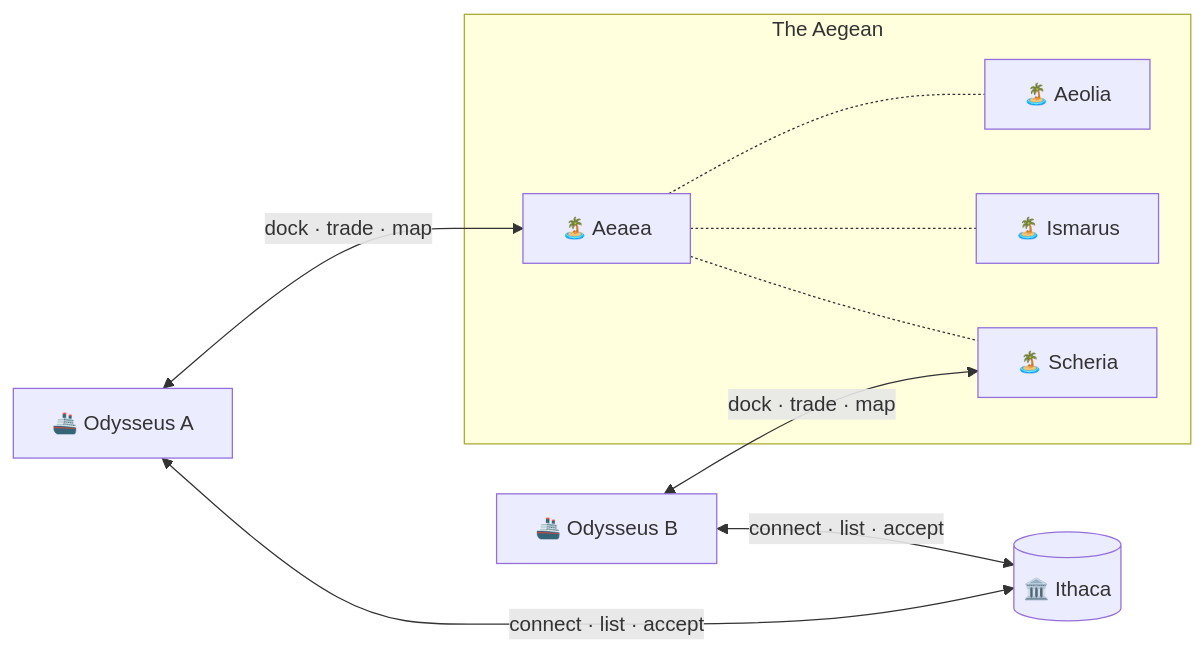
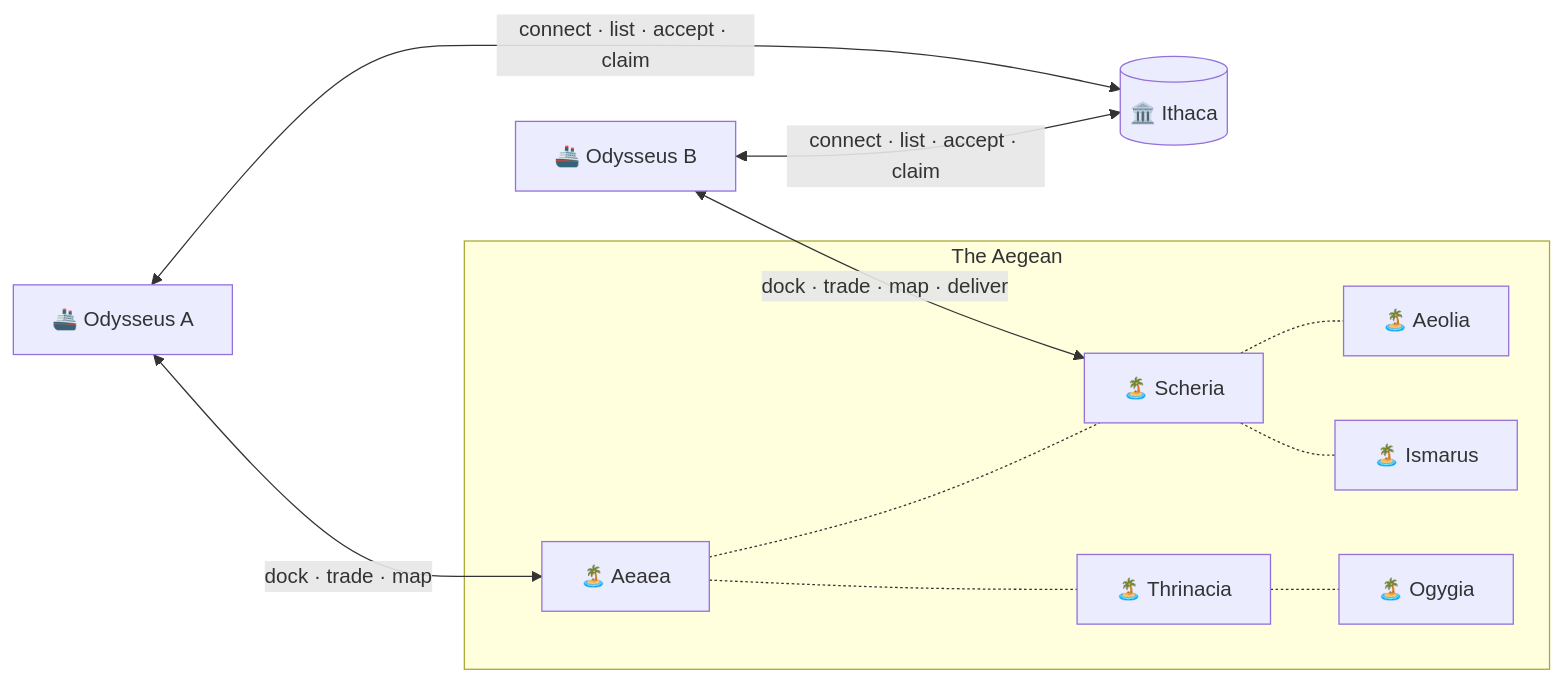
The first of 2 diagrams in README.md (guijanson007/the_nostos_system), drawn with Mermaid before and after one commit. The commit also changed other lines of this file, not shown here.

````diff
--- a/README.md
+++ b/README.md
@@ -53,21 +55,25 @@
 ```mermaid
 flowchart LR
     O1[🚢 Odysseus A]
     O2[🚢 Odysseus B]
     I[(🏛️ Ithaca)]
 
     subgraph Aegean[" The Aegean "]
         AE[🏝️ Aeaea]
+        SC[🏝️ Scheria]
+        TH[🏝️ Thrinacia]
         AO[🏝️ Aeolia]
         IS[🏝️ Ismarus]
-        SC[🏝️ Scheria]
+        OG[🏝️ Ogygia]
     end
 
-    O1 <-->|connect · list · accept| I
-    O2 <-->|connect · list · accept| I
+    O1 <-->|connect · list · accept · claim| I
+    O2 <-->|connect · list · accept · claim| I
     O1 <-->|dock · trade · map| AE
-    O2 <-->|dock · trade · map| SC
-    AE -.- AO
-    AE -.- IS
+    O2 <-->|dock · trade · map · deliver| SC
     AE -.- SC
+    AE -.- TH
+    SC -.- AO
+    SC -.- IS
+    TH -.- OG
 ```
````
